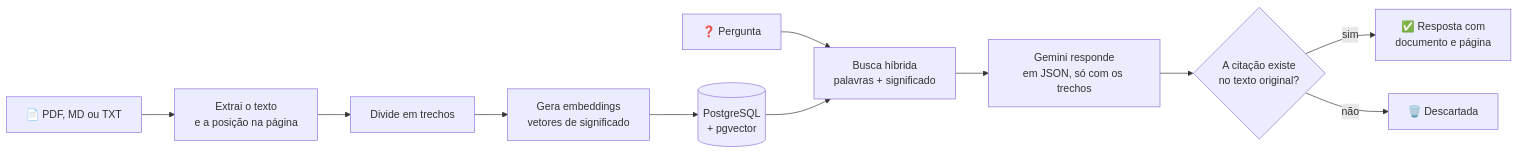
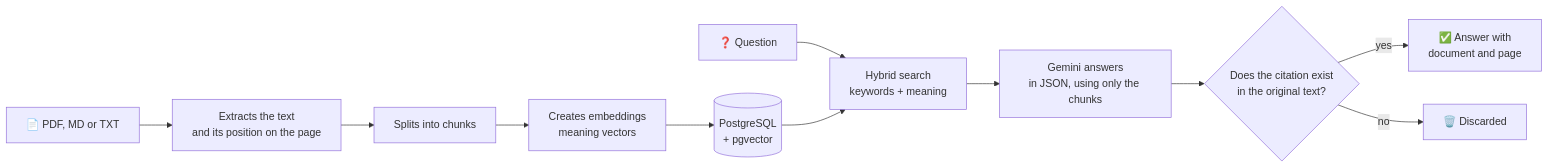
Before and after one commit to eduardomatheusok-crypto/assistente-estudo-rag: the diagram in README.md, drawn with Mermaid. The commit also changed other lines of this file and 1 other file, not shown here.

````diff
--- a/README.md
+++ b/README.md
@@ -174,14 +178,14 @@
 ```mermaid
 flowchart LR
-    A[📄 PDF, MD ou TXT] --> B[Extrai o texto<br>e a posição na página]
-    B --> C[Divide em trechos]
-    C --> D[Gera embeddings<br>vetores de significado]
+    A[📄 PDF, MD or TXT] --> B[Extracts the text<br>and its position on the page]
+    B --> C[Splits into chunks]
+    C --> D[Creates embeddings<br>meaning vectors]
     D --> E[(PostgreSQL<br>+ pgvector)]
 
-    Q[❓ Pergunta] --> S[Busca híbrida<br>palavras + significado]
+    Q[❓ Question] --> S[Hybrid search<br>keywords + meaning]
     E --> S
-    S --> L[Gemini responde<br>em JSON, só com os trechos]
-    L --> V{A citação existe<br>no texto original?}
-    V -- sim --> R[✅ Resposta com<br>documento e página]
-    V -- não --> X[🗑️ Descartada]
+    S --> L[Gemini answers<br>in JSON, using only the chunks]
+    L --> V{Does the citation exist<br>in the original text?}
+    V -- yes --> R[✅ Answer with<br>document and page]
+    V -- no --> X[🗑️ Discarded]
 ```
````
